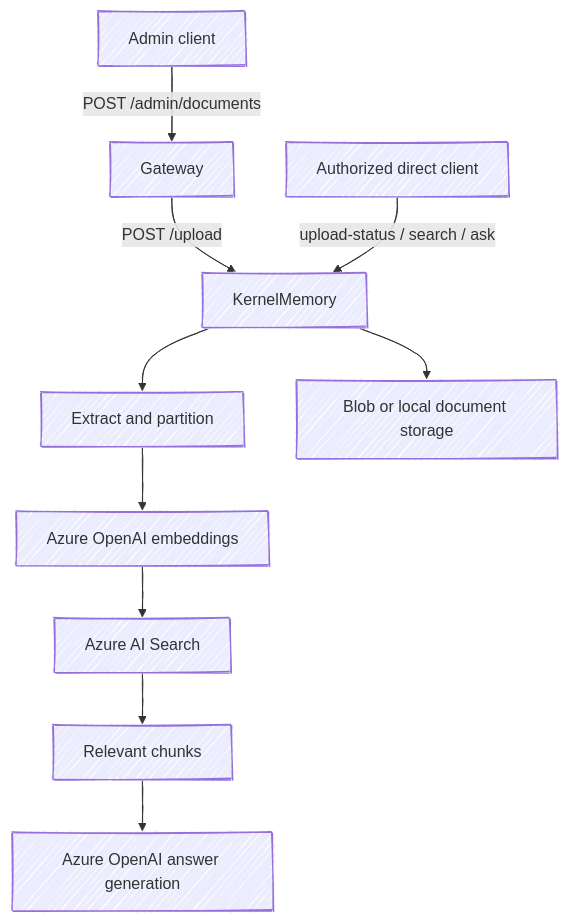
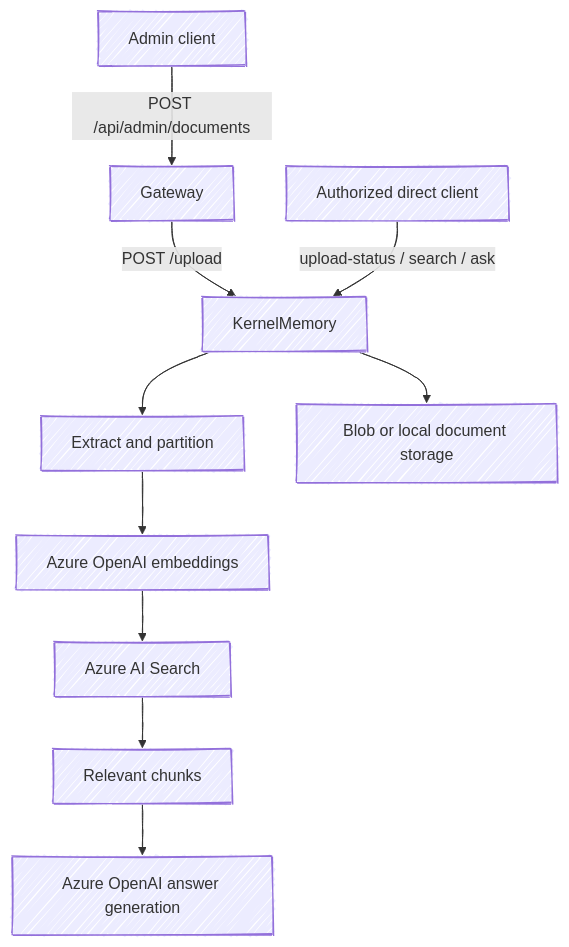
One commit to khuongpham1995/MyAIAgent changed the fourth of 4 diagrams in docs/architecture.md. Above: the diagram before and after it, drawn with Mermaid. The commit also changed other lines of this file and 31 other files, not shown here.

````diff
--- a/docs/architecture.md
+++ b/docs/architecture.md
@@ -144,18 +144,18 @@
 ```mermaid
 ---
 config:
   look: handDrawn
   handDrawnSeed: 42
   fontFamily: 'Comic Sans MS, Comic Sans, cursive'
 ---
 flowchart TB
-    Admin[Admin client] -->|POST /admin/documents| G[Gateway]
+    Admin[Admin client] -->|POST /api/admin/documents| G[Gateway]
     G -->|POST /upload| KM[KernelMemory]
     Direct[Authorized direct client] -->|upload-status / search / ask| KM
     KM --> Extract[Extract and partition]
     Extract --> Embed[Azure OpenAI embeddings]
     Embed --> Index[Azure AI Search]
     KM --> Store[Blob or local document storage]
     Index --> Retrieve[Relevant chunks]
     Retrieve --> Answer[Azure OpenAI answer generation]
 ```
````
